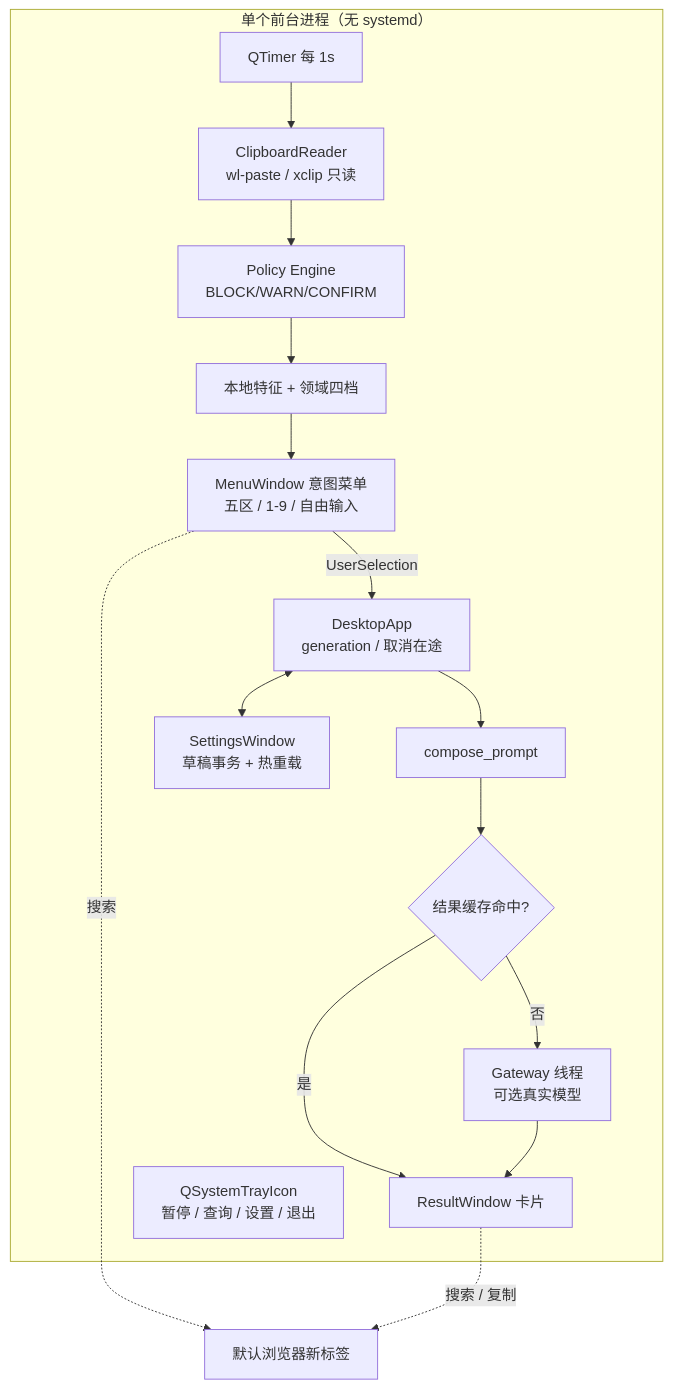
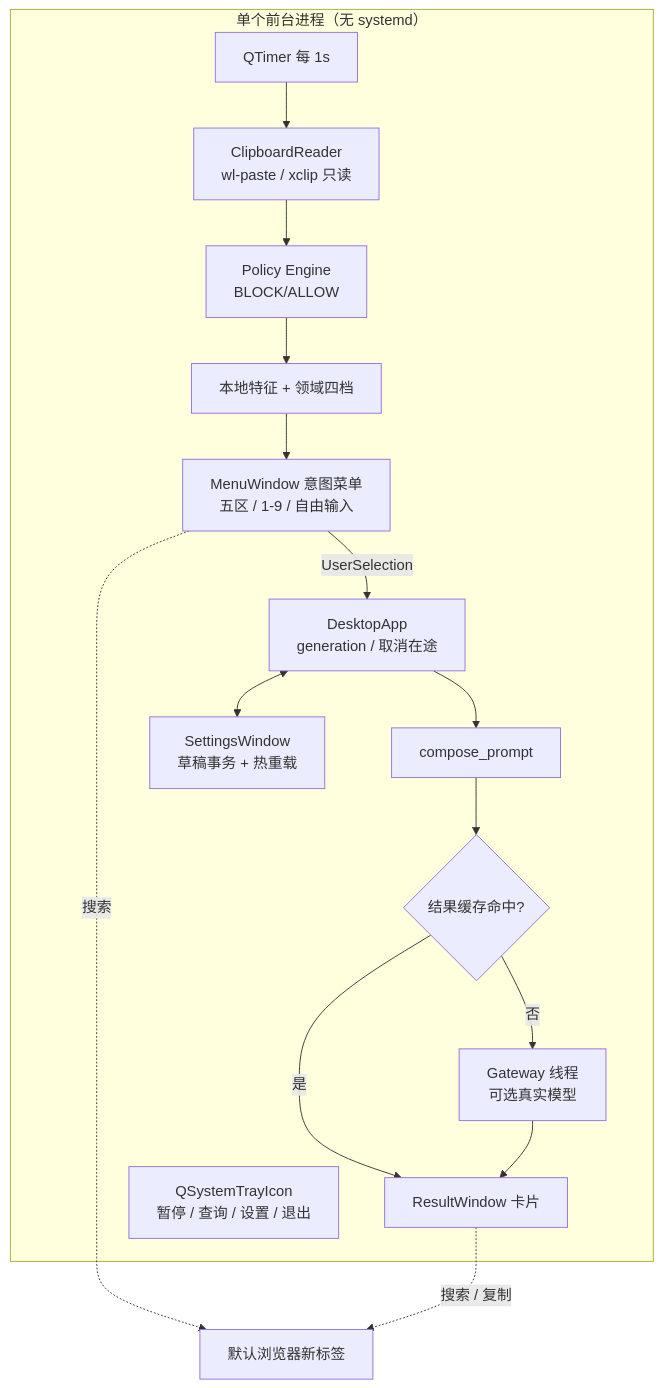
The diagram in docs/08_DESKTOP.md (yzbjxh888/clip-llm), drawn with Mermaid before and after one commit. The commit also changed other lines of this file and 46 other files, not shown here.

````diff
--- a/docs/08_DESKTOP.md
+++ b/docs/08_DESKTOP.md
@@ -50,20 +50,20 @@
 ```mermaid
 flowchart TB
   subgraph PROCESS["单个前台进程（无 systemd）"]
     TIMER["QTimer 每 1s"] --> READ["ClipboardReader<br/>wl-paste / xclip 只读"]
-    READ --> PRE["Policy Engine<br/>BLOCK/WARN/CONFIRM"]
+    READ --> PRE["Policy Engine<br/>BLOCK/ALLOW"]
     PRE --> SG["本地特征 + 领域四档"]
     SG --> MENU["MenuWindow 意图菜单<br/>五区 / 1-9 / 自由输入"]
     MENU -->|UserSelection| ORCH["DesktopApp<br/>generation / 取消在途"]
     ORCH --> COMPOSE["compose_prompt"]
     COMPOSE --> CACHE{"结果缓存命中?"}
     CACHE -->|是| CARD["ResultWindow 卡片"]
     CACHE -->|否| GW["Gateway 线程<br/>可选真实模型"]
     GW --> CARD
     TRAY["QSystemTrayIcon<br/>暂停 / 查询 / 设置 / 退出"]
     SET["SettingsWindow<br/>草稿事务 + 热重载"]
     ORCH <--> SET
   end
   MENU -.->|"搜索"| BROWSER["默认浏览器新标签"]
   CARD -.->|"搜索 / 复制"| BROWSER
 ```
````
